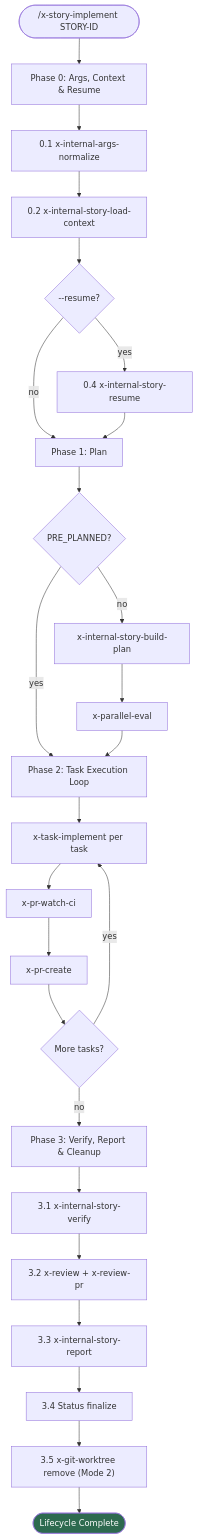
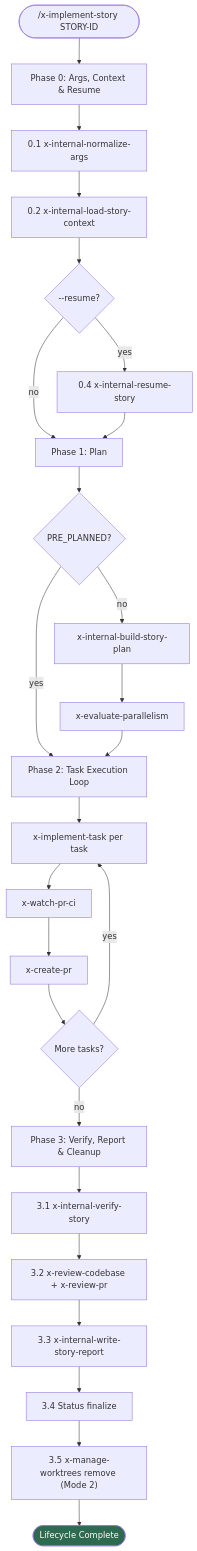
Before and after one commit to review-bench/edercnj_ia-dev-environment: the diagram in src/main/resources/targets/claude/skills/core/dev/x-implement-story/README.md, drawn with Mermaid. The commit also changed other lines of this file and 310 other files, not shown here.

````diff
--- a/src/main/resources/targets/claude/skills/core/dev/x-implement-story/README.md
+++ b/src/main/resources/targets/claude/skills/core/dev/x-implement-story/README.md
@@ -21,32 +21,32 @@
 ```mermaid
 flowchart TD
-    START(["/x-story-implement STORY-ID"]) --> P0["Phase 0: Args, Context & Resume"]
-    P0 --> P0A["0.1 x-internal-args-normalize"]
-    P0A --> P0B["0.2 x-internal-story-load-context"]
+    START(["/x-implement-story STORY-ID"]) --> P0["Phase 0: Args, Context & Resume"]
+    P0 --> P0A["0.1 x-internal-normalize-args"]
+    P0A --> P0B["0.2 x-internal-load-story-context"]
     P0B --> P0C{--resume?}
-    P0C -->|yes| P0D["0.4 x-internal-story-resume"]
+    P0C -->|yes| P0D["0.4 x-internal-resume-story"]
     P0C -->|no| P1
     P0D --> P1
 
     P1["Phase 1: Plan"] --> P1A{PRE_PLANNED?}
     P1A -->|yes| P2
-    P1A -->|no| P1B["x-internal-story-build-plan"]
-    P1B --> P1C["x-parallel-eval"]
+    P1A -->|no| P1B["x-internal-build-story-plan"]
+    P1B --> P1C["x-evaluate-parallelism"]
     P1C --> P2
 
-    P2["Phase 2: Task Execution Loop"] --> P2A["x-task-implement per task"]
-    P2A --> P2B["x-pr-watch-ci"]
-    P2B --> P2C["x-pr-create"]
+    P2["Phase 2: Task Execution Loop"] --> P2A["x-implement-task per task"]
+    P2A --> P2B["x-watch-pr-ci"]
+    P2B --> P2C["x-create-pr"]
     P2C --> P2D{More tasks?}
     P2D -->|yes| P2A
     P2D -->|no| P3
 
-    P3["Phase 3: Verify, Report & Cleanup"] --> P3A["3.1 x-internal-story-verify"]
-    P3A --> P3B["3.2 x-review + x-review-pr"]
-    P3B --> P3C["3.3 x-internal-story-report"]
+    P3["Phase 3: Verify, Report & Cleanup"] --> P3A["3.1 x-internal-verify-story"]
+    P3A --> P3B["3.2 x-review-codebase + x-review-pr"]
+    P3B --> P3C["3.3 x-internal-write-story-report"]
     P3C --> P3D["3.4 Status finalize"]
-    P3D --> P3E["3.5 x-git-worktree remove (Mode 2)"]
+    P3D --> P3E["3.5 x-manage-worktrees remove (Mode 2)"]
     P3E --> DONE(["Lifecycle Complete"])
 
     style DONE fill:#2d6a4f,color:#fff
 ```
````
